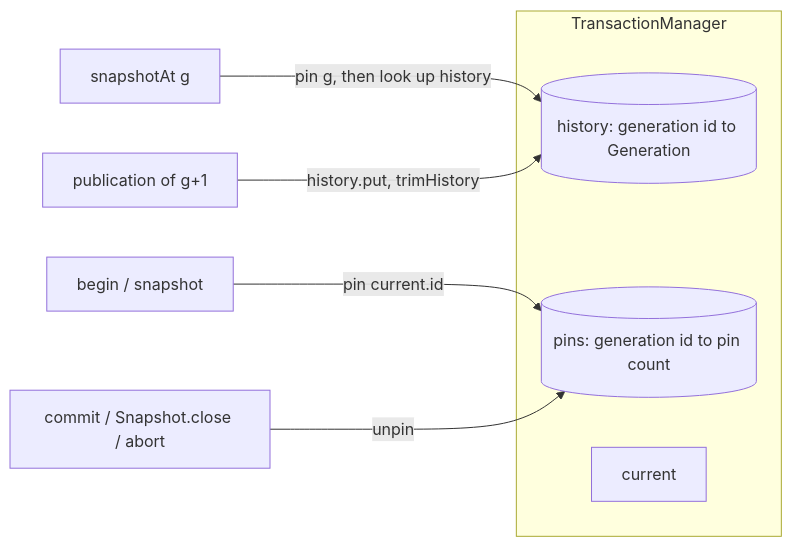
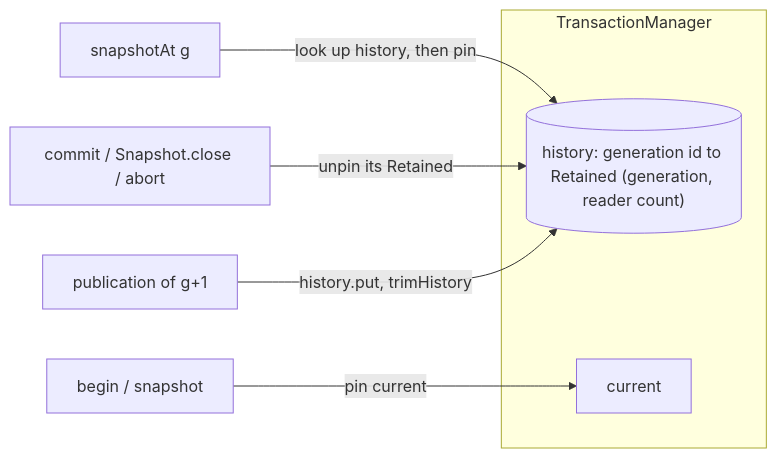
The second of 5 diagrams in docs/transactions/transactions.md (Ujjwaljain16/hypergraph), drawn with Mermaid before and after one commit. The commit also changed other lines of this file and 10 other files, not shown here.

First line of the commit message:
perf(txn): count a generation's readers in its history entry

````diff
--- a/docs/transactions/transactions.md
+++ b/docs/transactions/transactions.md
@@ -88,12 +88,11 @@
 ```mermaid
 flowchart LR
     subgraph TM[TransactionManager]
-        H[("history: generation id to Generation")]
-        P[("pins: generation id to pin count")]
+        H[("history: generation id to Retained (generation, reader count)")]
         C[current]
     end
-    B[begin / snapshot] -->|pin current.id| P
-    S[snapshotAt g] -->|pin g, then look up history| H
-    X[commit / Snapshot.close / abort] -->|unpin| P
+    B[begin / snapshot] -->|pin current| C
+    S[snapshotAt g] -->|look up history, then pin| H
+    X[commit / Snapshot.close / abort] -->|unpin its Retained| H
     PUB[publication of g+1] -->|history.put, trimHistory| H
 ```
````
